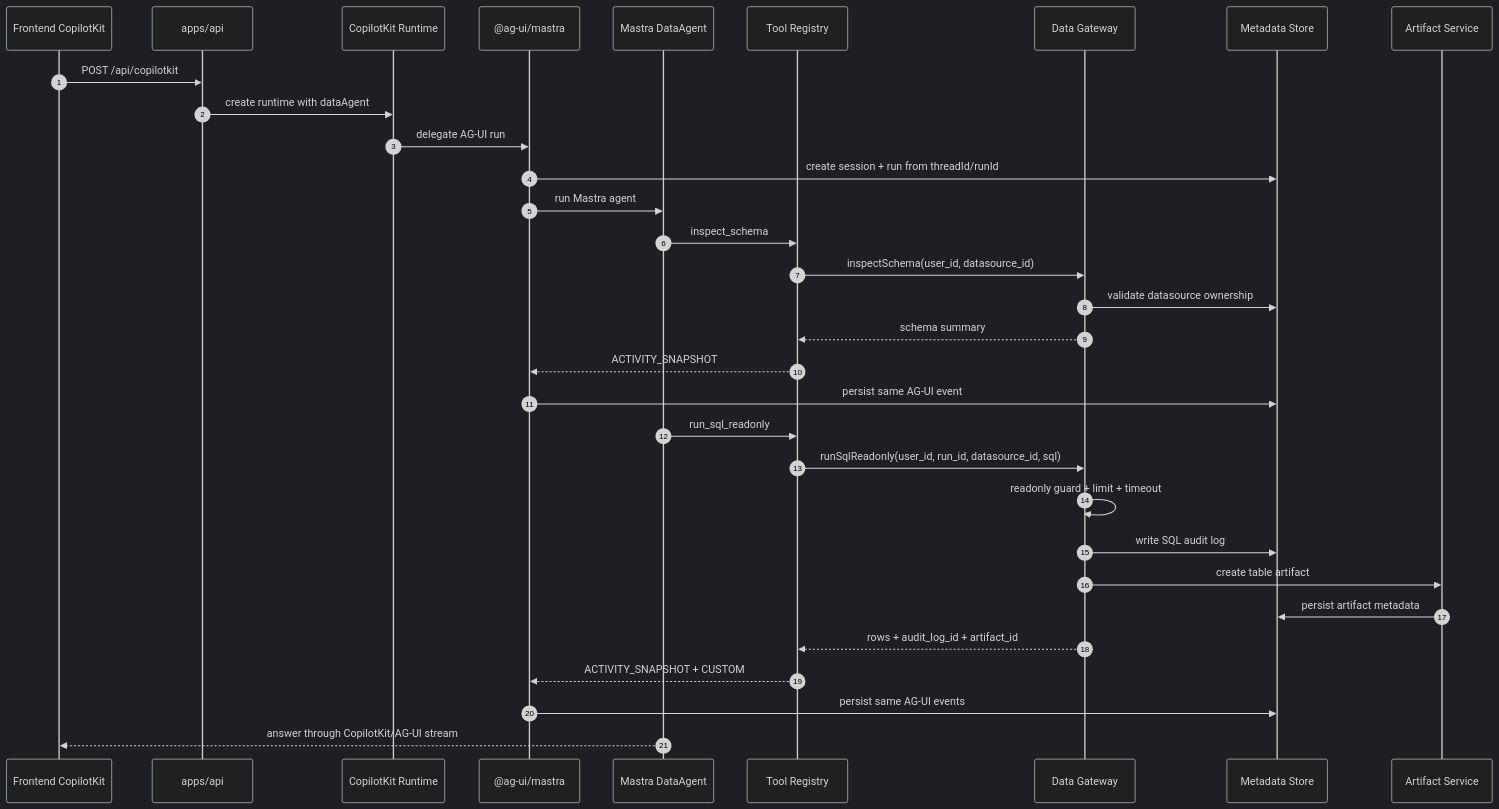
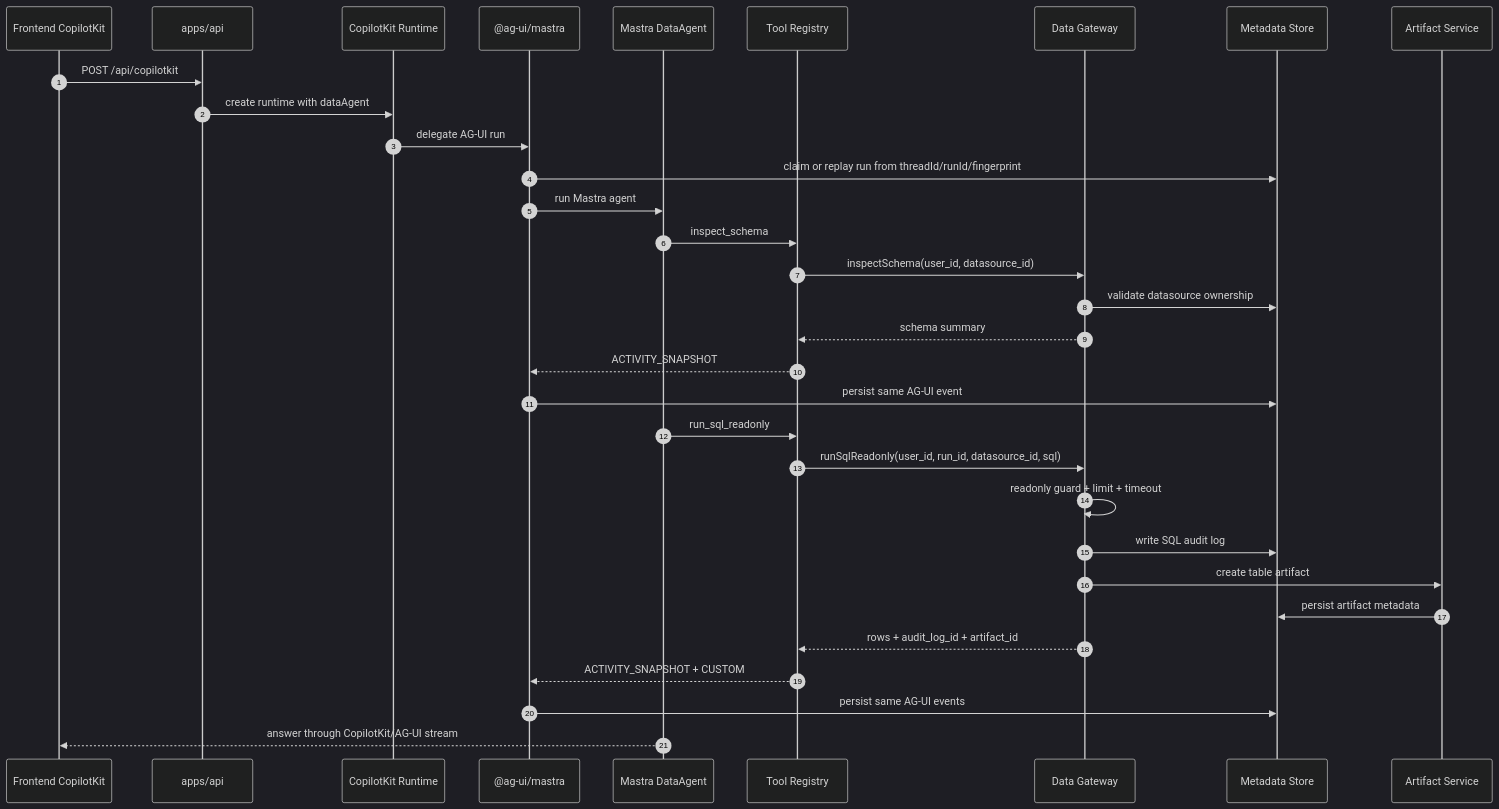
The diagram in docs/engineering/rd-b-agent-gateway-knowledge-architecture-plan-zh.md (datagallery-lab/datafoundry), drawn with Mermaid (dark theme) before and after one commit. The commit also changed other lines of this file and 62 other files, not shown here.

````diff
--- a/docs/engineering/rd-b-agent-gateway-knowledge-architecture-plan-zh.md
+++ b/docs/engineering/rd-b-agent-gateway-knowledge-architecture-plan-zh.md
@@ -84,35 +78,35 @@
 ```mermaid
 sequenceDiagram
   autonumber
   participant FE as Frontend CopilotKit
   participant API as apps/api
   participant CK as CopilotKit Runtime
   participant AG as @ag-ui/mastra
   participant Agent as Mastra DataAgent
   participant Tools as Tool Registry
   participant DG as Data Gateway
   participant Meta as Metadata Store
   participant Art as Artifact Service
 
   FE->>API: POST /api/copilotkit
   API->>CK: create runtime with dataAgent
   CK->>AG: delegate AG-UI run
-  AG->>Meta: create session + run from threadId/runId
+  AG->>Meta: claim or replay run from threadId/runId/fingerprint
   AG->>Agent: run Mastra agent
   Agent->>Tools: inspect_schema
   Tools->>DG: inspectSchema(user_id, datasource_id)
   DG->>Meta: validate datasource ownership
   DG-->>Tools: schema summary
   Tools-->>AG: ACTIVITY_SNAPSHOT
   AG->>Meta: persist same AG-UI event
   Agent->>Tools: run_sql_readonly
   Tools->>DG: runSqlReadonly(user_id, run_id, datasource_id, sql)
   DG->>DG: readonly guard + limit + timeout
   DG->>Meta: write SQL audit log
   DG->>Art: create table artifact
   Art->>Meta: persist artifact metadata
   DG-->>Tools: rows + audit_log_id + artifact_id
   Tools-->>AG: ACTIVITY_SNAPSHOT + CUSTOM
   AG->>Meta: persist same AG-UI events
   Agent-->>FE: answer through CopilotKit/AG-UI stream
 ```
````
